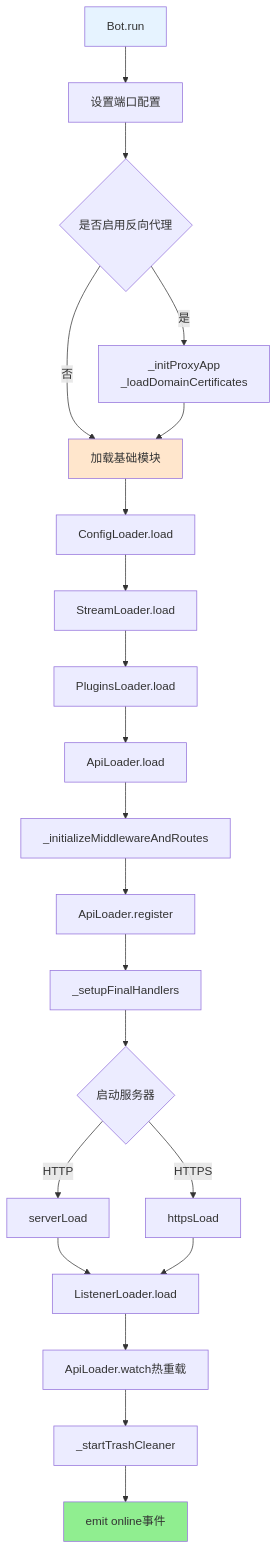
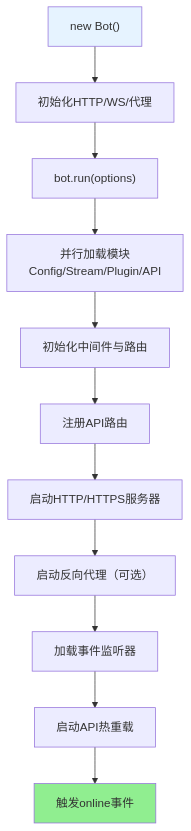
The second of 12 diagrams in docs/bot.md (sunflowermm/XRK-AGT), drawn with Mermaid before and after one commit. The commit also changed other lines of this file and 5 other files, not shown here.

````diff
--- a/docs/bot.md
+++ b/docs/bot.md
@@ -58,31 +126,17 @@
 ```mermaid
 flowchart TB
-    Start["Bot.run"] --> Port["设置端口配置"]
-    Port --> Proxy{"是否启用反向代理"}
-    Proxy -->|是| ProxyInit["_initProxyApp<br/>_loadDomainCertificates"]
-    Proxy -->|否| LoadModules["加载基础模块"]
-    ProxyInit --> LoadModules
+    Start["new Bot()"] --> Init["初始化HTTP/WS/代理"]
+    Init --> Run["bot.run(options)"]
     
-    LoadModules --> Config["ConfigLoader.load"]
-    Config --> Stream["StreamLoader.load"]
-    Stream --> Plugin["PluginsLoader.load"]
-    Plugin --> API["ApiLoader.load"]
-    
-    API --> Middleware["_initializeMiddlewareAndRoutes"]
-    Middleware --> Register["ApiLoader.register"]
-    Register --> Handlers["_setupFinalHandlers"]
-    
-    Handlers --> Server{"启动服务器"}
-    Server -->|HTTP| HttpServer["serverLoad"]
-    Server -->|HTTPS| HttpsServer["httpsLoad"]
-    
-    HttpServer --> Listener["ListenerLoader.load"]
-    HttpsServer --> Listener
-    Listener --> Watch["ApiLoader.watch热重载"]
-    Watch --> Trash["_startTrashCleaner"]
-    Trash --> Online["emit online事件"]
+    Run --> Load["并行加载模块<br/>Config/Stream/Plugin/API"]
+    Load --> Middleware["初始化中间件与路由"]
+    Middleware --> Register["注册API路由"]
+    Register --> Server["启动HTTP/HTTPS服务器"]
+    Server --> Proxy["启动反向代理（可选）"]
+    Proxy --> Listener["加载事件监听器"]
+    Listener --> Watch["启动API热重载"]
+    Watch --> Online["触发online事件"]
     
     style Start fill:#E6F3FF
-    style LoadModules fill:#FFE6CC
     style Online fill:#90EE90
 ```
````
